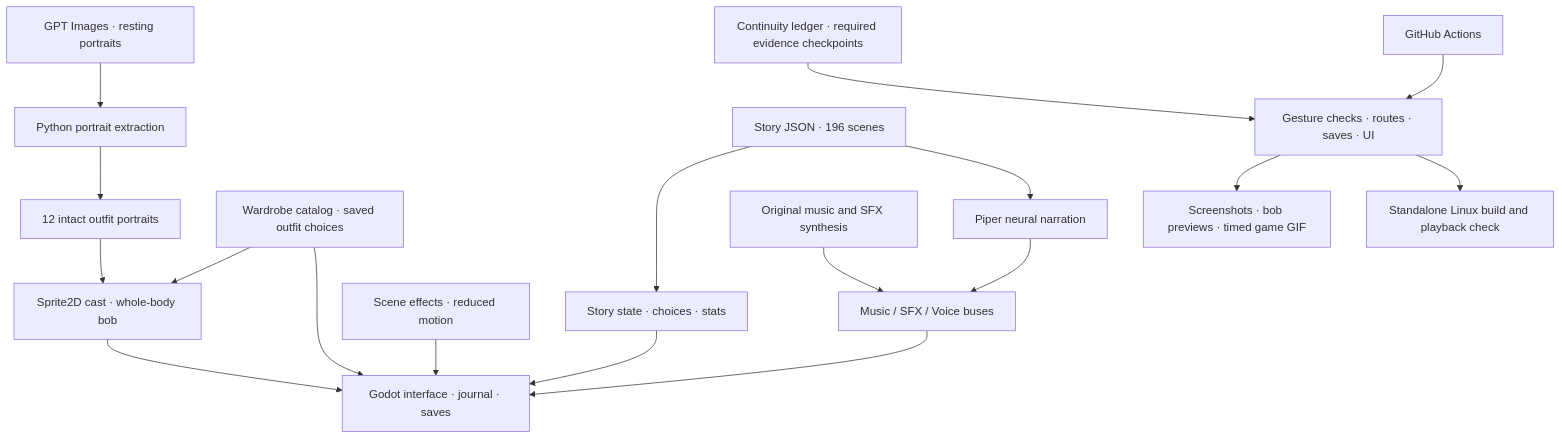
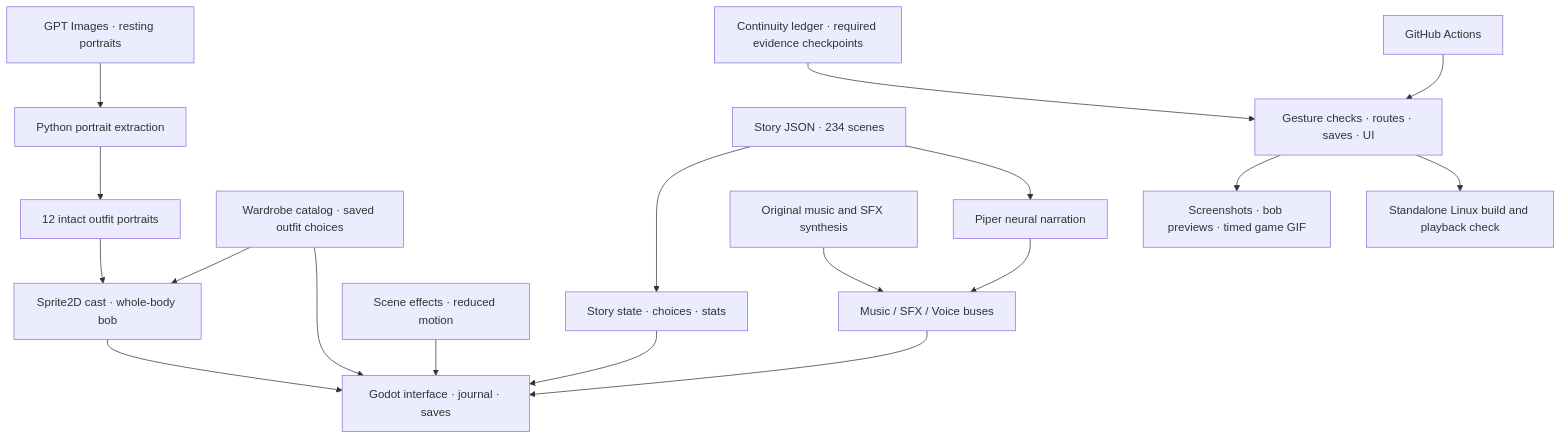
One commit to jgyy/octxian changed the diagram in README.md. Above: the diagram before and after it, drawn with Mermaid. The commit also changed other lines of this file and 15 other files, not shown here.

````diff
--- a/README.md
+++ b/README.md
@@ -147,20 +159,20 @@
 ```mermaid
 flowchart TD
     GPT["GPT Images · resting portraits"] --> Prep["Python portrait extraction"]
     Prep --> Portraits["12 intact outfit portraits"]
     Portraits --> Cast["Sprite2D cast · whole-body bob"]
-    JSON["Story JSON · 196 scenes"] --> State["Story state · choices · stats"]
+    JSON["Story JSON · 234 scenes"] --> State["Story state · choices · stats"]
     Canon["Continuity ledger · required evidence checkpoints"] --> Verify
     Effects["Scene effects · reduced motion"] --> UI
     State --> UI["Godot interface · journal · saves"]
     Wardrobe["Wardrobe catalog · saved outfit choices"] --> Cast
     Wardrobe --> UI
     Cast --> UI
     JSON --> Piper["Piper neural narration"]
     Synth["Original music and SFX synthesis"] --> Audio["Music / SFX / Voice buses"]
     Piper --> Audio
     Audio --> UI
     CI["GitHub Actions"] --> Verify["Gesture checks · routes · saves · UI"]
     Verify --> Capture["Screenshots · bob previews · timed game GIF"]
     Verify --> Build["Standalone Linux build and playback check"]
 ```
````
